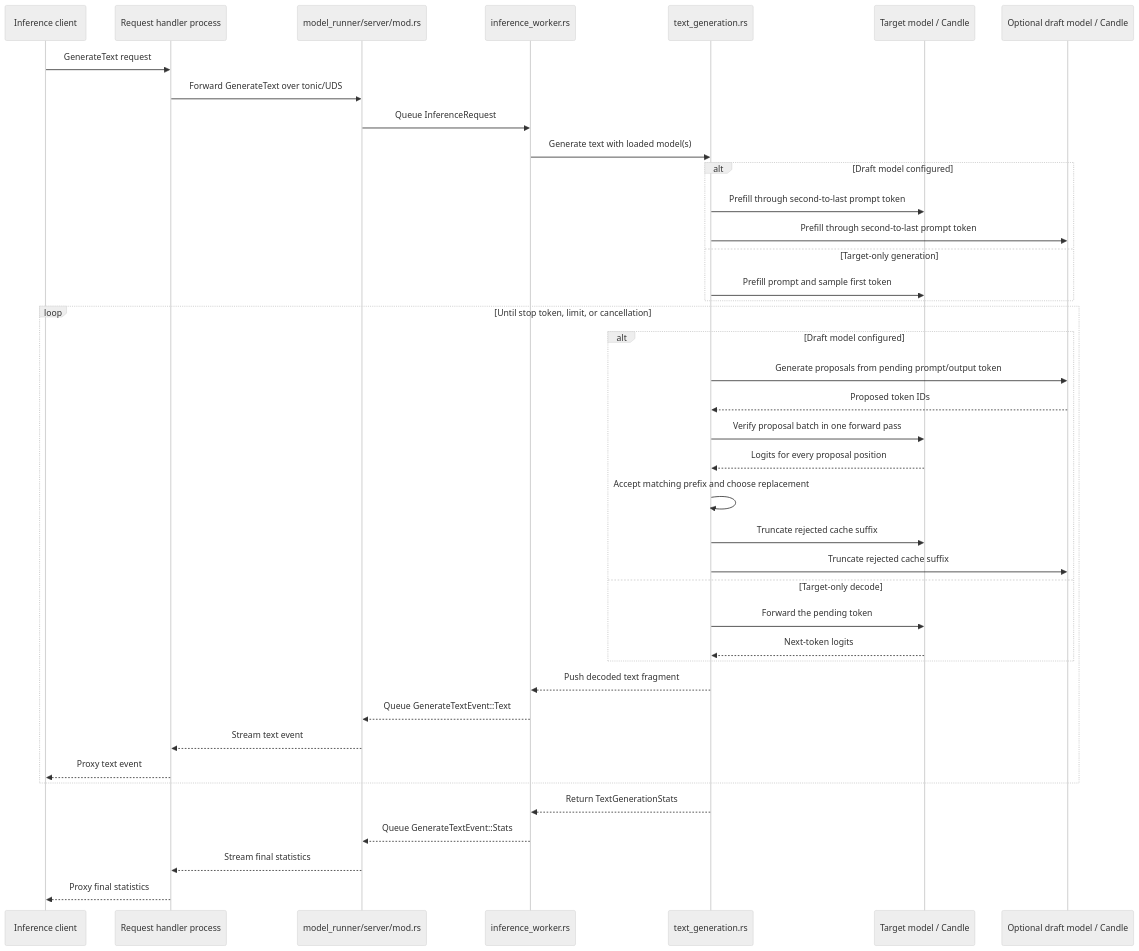
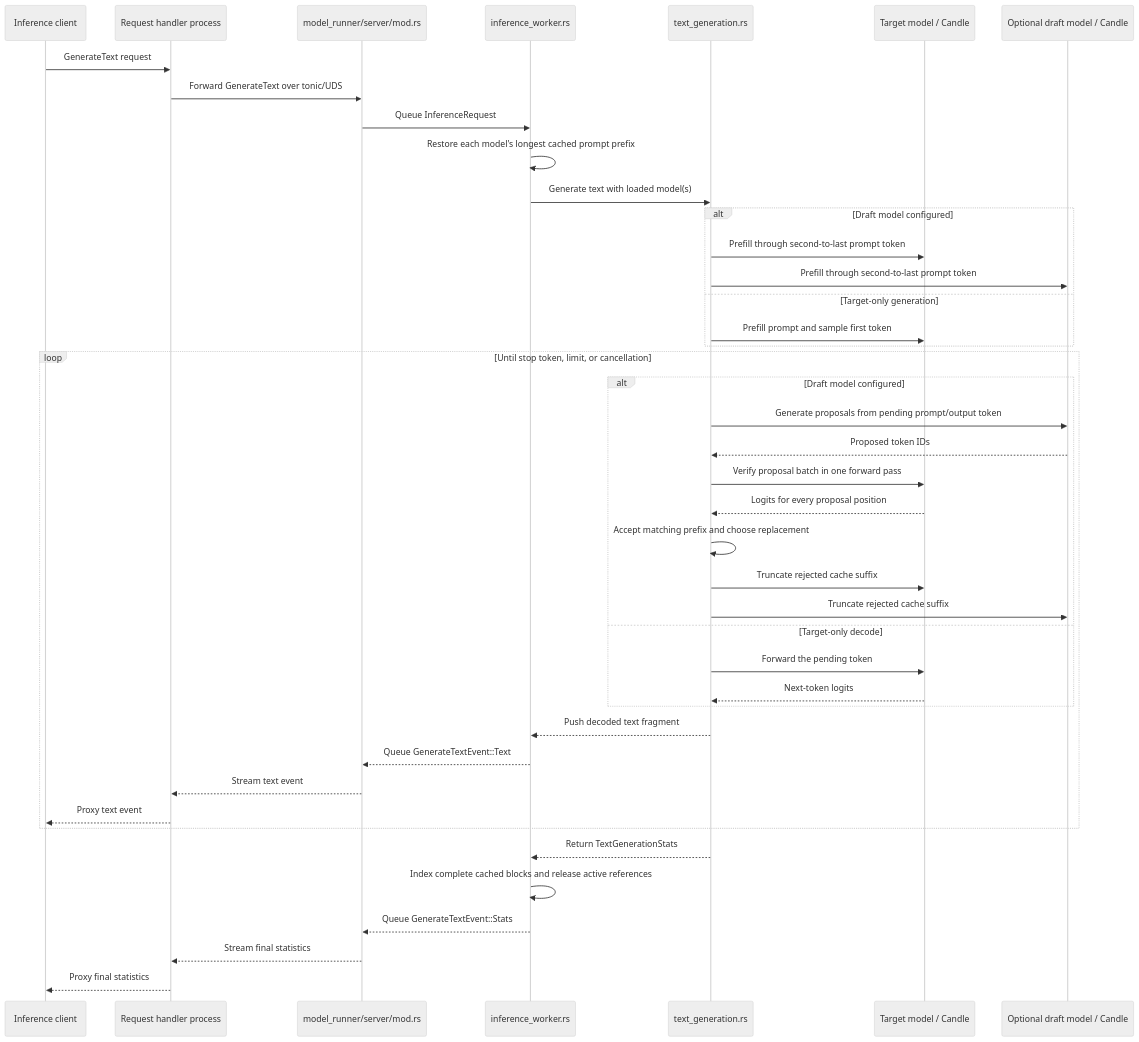
One commit to lun0522/mini-vllm-rs changed the second of 2 diagrams in src/model_runner/README.md. Above: the diagram before and after it, drawn with Mermaid (neutral theme). The commit also changed other lines of this file and 4 other files, not shown here.

````diff
--- a/src/model_runner/README.md
+++ b/src/model_runner/README.md
@@ -62,43 +59,45 @@
 ```mermaid
 sequenceDiagram
     participant Caller as Inference client
     participant Handler as Request handler process
     participant Rpc as model_runner/server/mod.rs
     participant Worker as inference_worker.rs
     participant Decode as text_generation.rs
     participant Target as Target model / Candle
     participant Draft as Optional draft model / Candle
 
     Caller->>Handler: GenerateText request
     Handler->>Rpc: Forward GenerateText over tonic/UDS
     Rpc->>Worker: Queue InferenceRequest
+    Worker->>Worker: Restore each model's longest cached prompt prefix
     Worker->>Decode: Generate text with loaded model(s)
     alt Draft model configured
         Decode->>Target: Prefill through second-to-last prompt token
         Decode->>Draft: Prefill through second-to-last prompt token
     else Target-only generation
         Decode->>Target: Prefill prompt and sample first token
     end
     loop Until stop token, limit, or cancellation
         alt Draft model configured
             Decode->>Draft: Generate proposals from pending prompt/output token
             Draft-->>Decode: Proposed token IDs
             Decode->>Target: Verify proposal batch in one forward pass
             Target-->>Decode: Logits for every proposal position
             Decode->>Decode: Accept matching prefix and choose replacement
             Decode->>Target: Truncate rejected cache suffix
             Decode->>Draft: Truncate rejected cache suffix
         else Target-only decode
             Decode->>Target: Forward the pending token
             Target-->>Decode: Next-token logits
         end
         Decode-->>Worker: Push decoded text fragment
         Worker-->>Rpc: Queue GenerateTextEvent::Text
         Rpc-->>Handler: Stream text event
         Handler-->>Caller: Proxy text event
     end
     Decode-->>Worker: Return TextGenerationStats
+    Worker->>Worker: Index complete cached blocks and release active references
     Worker-->>Rpc: Queue GenerateTextEvent::Stats
     Rpc-->>Handler: Stream final statistics
     Handler-->>Caller: Proxy final statistics
 ```
````
